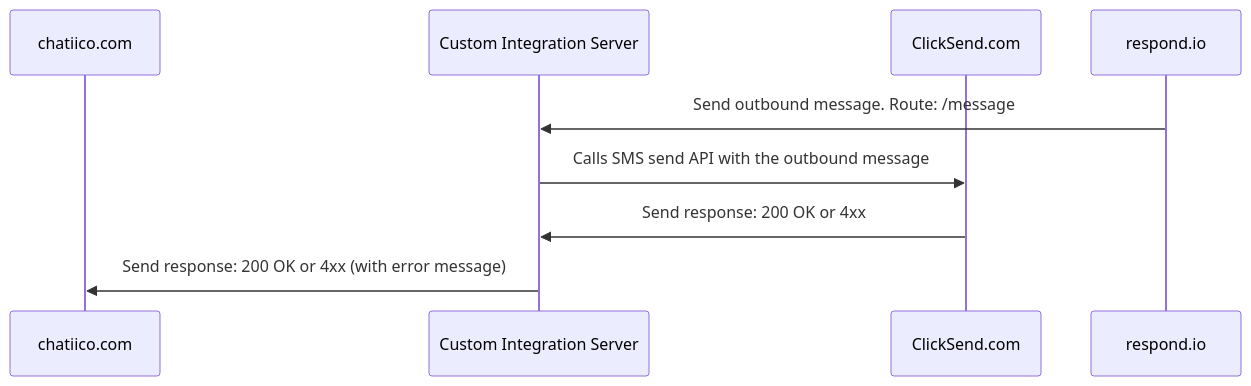
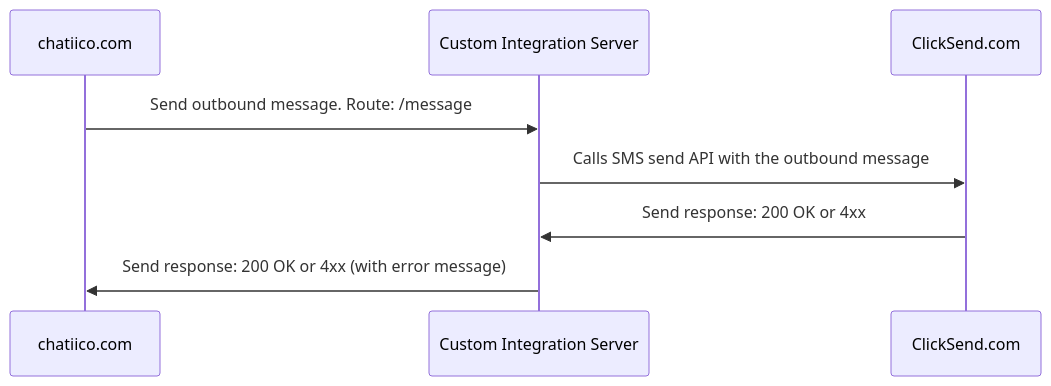
One commit to chatiico/chatiico-com changed the first of 2 diagrams in README.md. Above: the diagram before and after it, drawn with Mermaid. The commit also changed other lines of this file, not shown here.

````diff
--- a/README.md
+++ b/README.md
@@ -29,11 +29,11 @@
 ```mermaid
 sequenceDiagram
     participant chatiico.com
     participant Custom Integration Server
     participant ClickSend.com
-    respond.io ->> Custom Integration Server: Send outbound message. Route: /message
+    chatiico.com ->> Custom Integration Server: Send outbound message. Route: /message
     Custom Integration Server->> ClickSend.com: Calls SMS send API with the outbound message
     ClickSend.com ->> Custom Integration Server: Send response: 200 OK or 4xx
     Custom Integration Server ->> chatiico.com: Send response: 200 OK or 4xx (with error message)
     
 ```
````
